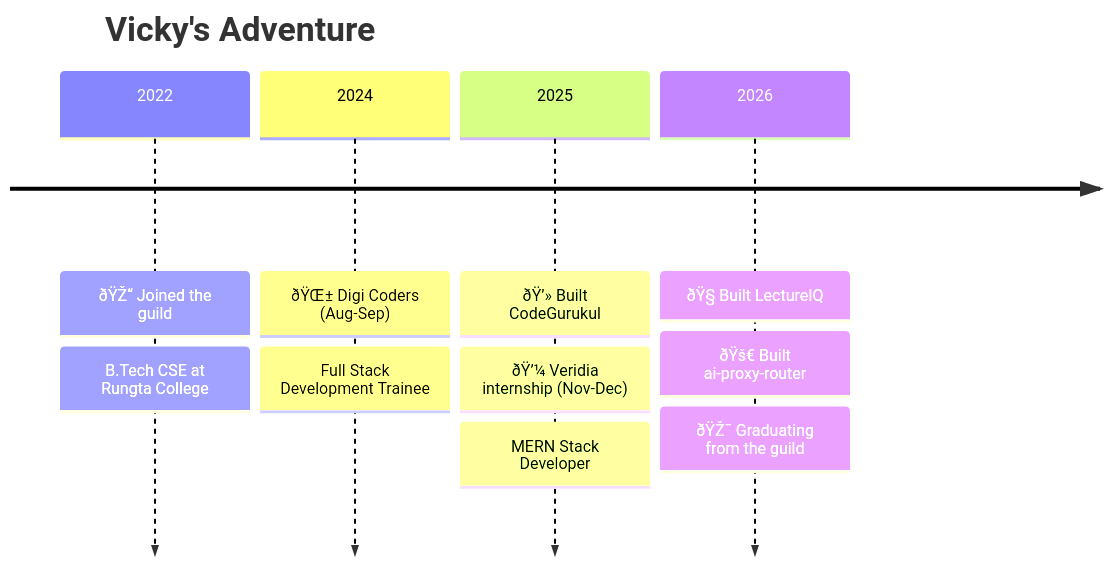
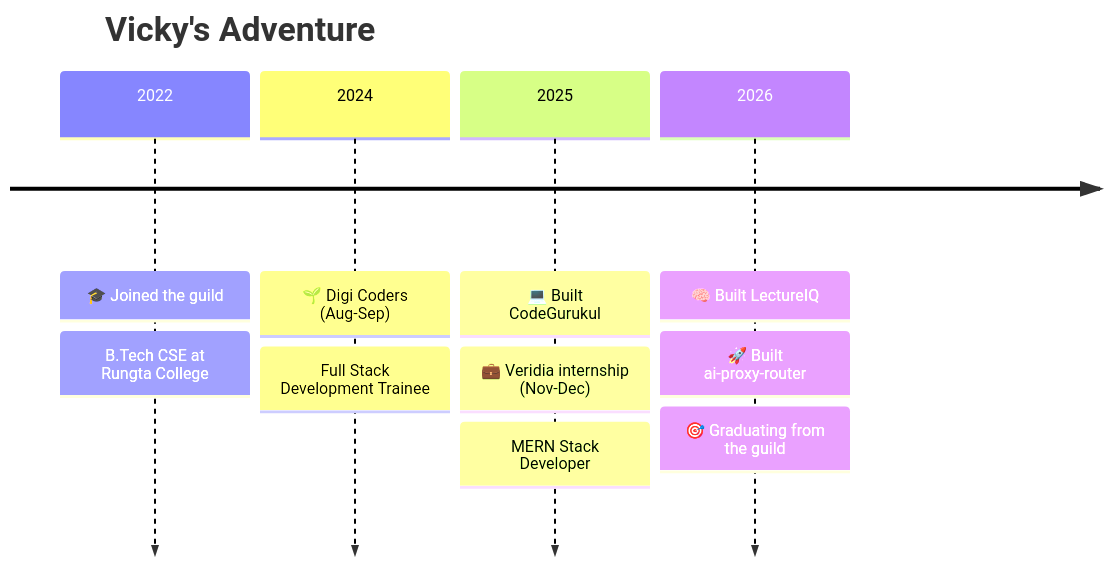
The second of 2 diagrams in README.md (Vicky7632/Vicky7632), drawn with Mermaid before and after one commit. The commit also changed other lines of this file, not shown here.

````diff
--- a/README.md
+++ b/README.md
@@ -97,8 +97,8 @@
 ```mermaid
 timeline
     title Vicky's Adventure
-    2022 : ðŸŽ“ Joined the guild : B.Tech CSE at Rungta College
-    2024 : ðŸŒ± Digi Coders (Aug-Sep) : Full Stack Development Trainee
-    2025 : ðŸ’» Built CodeGurukul : ðŸ’¼ Veridia internship (Nov-Dec) : MERN Stack Developer
-    2026 : ðŸ§  Built LectureIQ : ðŸš€ Built ai-proxy-router : ðŸŽ¯ Graduating from the guild
+    2022 : 🎓 Joined the guild : B.Tech CSE at Rungta College
+    2024 : 🌱 Digi Coders (Aug-Sep) : Full Stack Development Trainee
+    2025 : 💻 Built CodeGurukul : 💼 Veridia internship (Nov-Dec) : MERN Stack Developer
+    2026 : 🧠 Built LectureIQ : 🚀 Built ai-proxy-router : 🎯 Graduating from the guild
 ```
````
